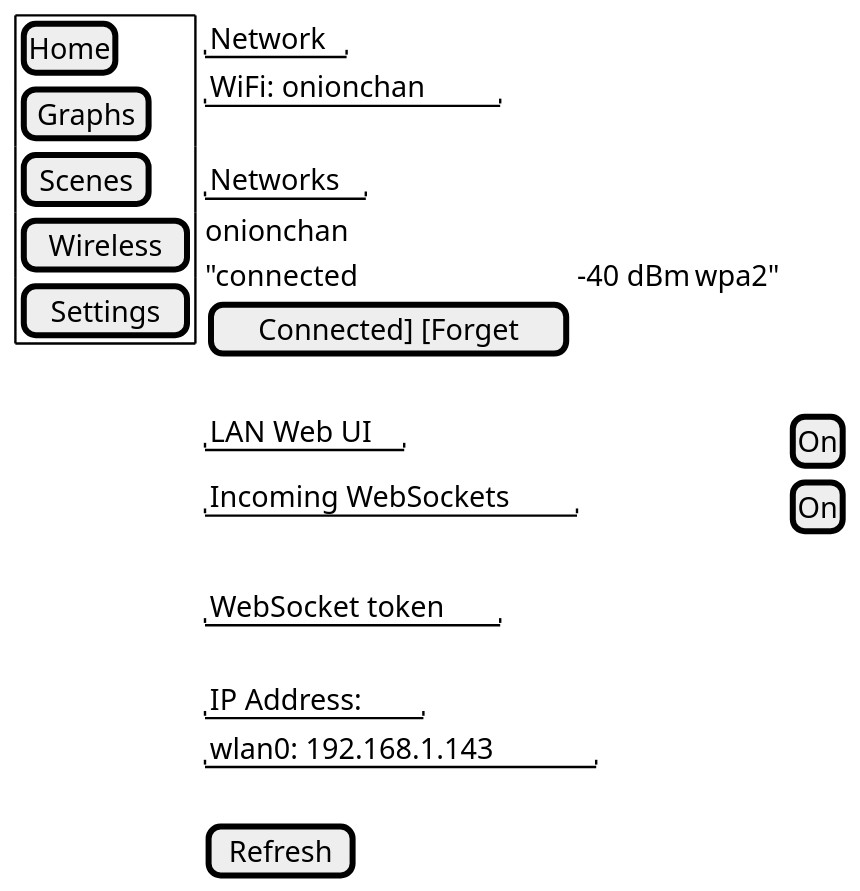
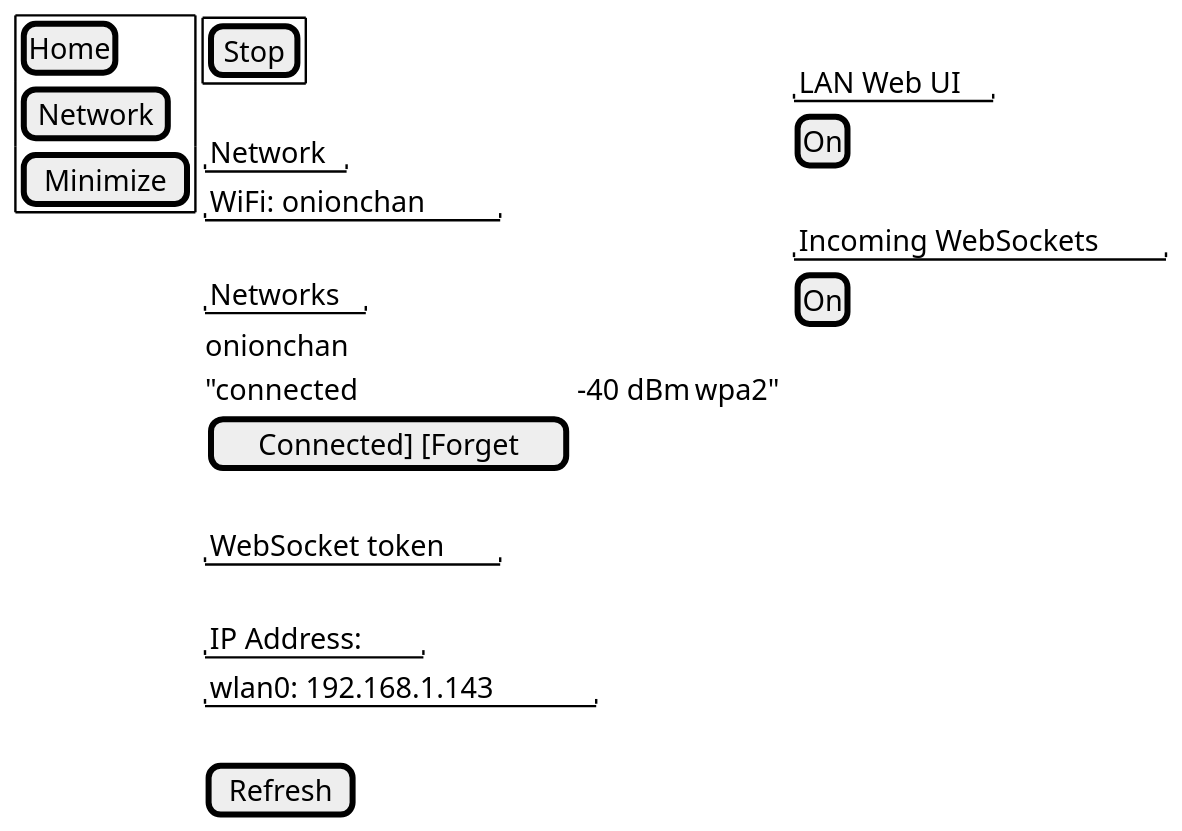
Before and after one commit to aortez/dirtsim: the first of 2 diagrams in apps/src/ui/docs/src/screens/network.md, drawn with PlantUML. The commit also changed other lines of this file and 64 other files, not shown here.

````diff
--- a/apps/src/ui/docs/src/screens/network.md
+++ b/apps/src/ui/docs/src/screens/network.md
@@ -3,34 +3,40 @@
 ```plantuml
 @startsalt
 scale 1.6
 {
   {+
     [Home]
-    [Graphs]
-    [Scenes]
-    [Wireless]
-    [Settings]
+    [Network]
+    [Minimize]
   } | {
+    {+
+      [Stop]
+    }
+    .
     "Network"
     "WiFi: onionchan"
     .
     "Networks"
     {
       onionchan
       "connected | -40 dBm | wpa2"
       [Connected] [Forget]
     }
     .
-    "LAN Web UI" | [On]
-    "Incoming WebSockets" | [On]
-    .
     "WebSocket token"
     .
     "IP Address:"
     "wlan0: 192.168.1.143"
     .
     [Refresh]
+  } | {
+    .
+    "LAN Web UI"
+    [On]
+    .
+    "Incoming WebSockets"
+    [On]
   }
 }
 @endsalt
 ```
````
